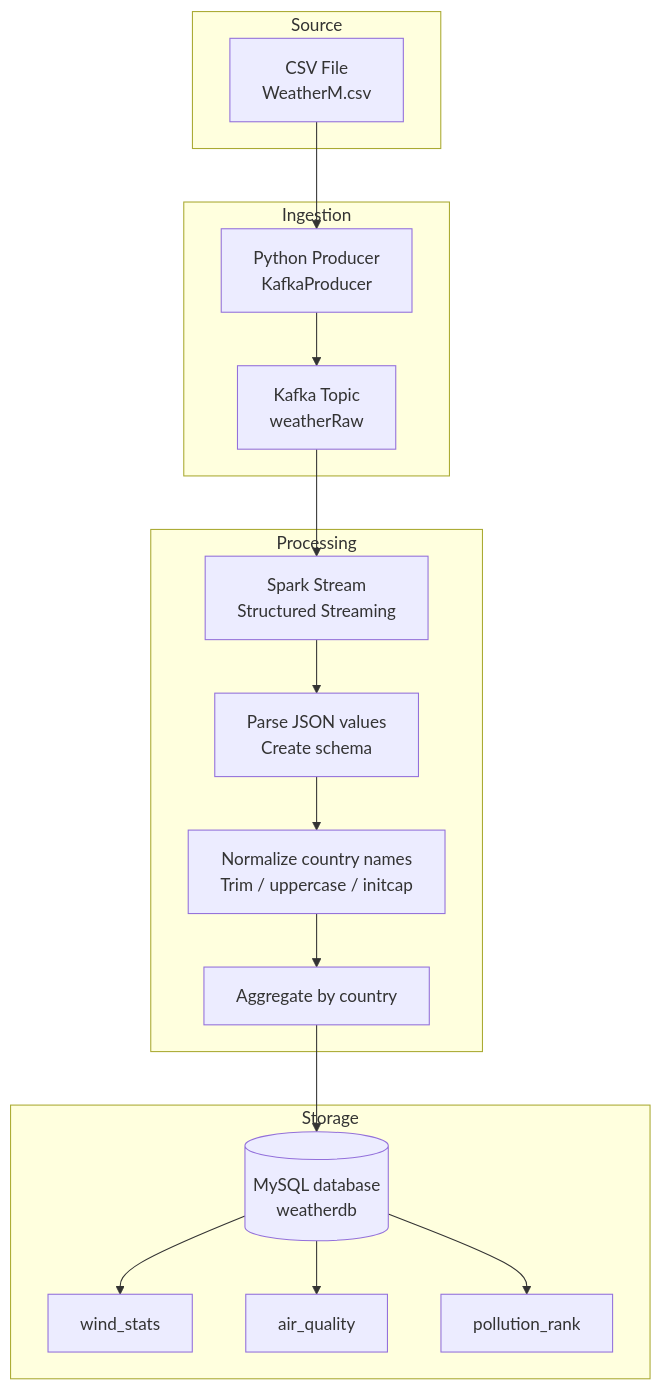
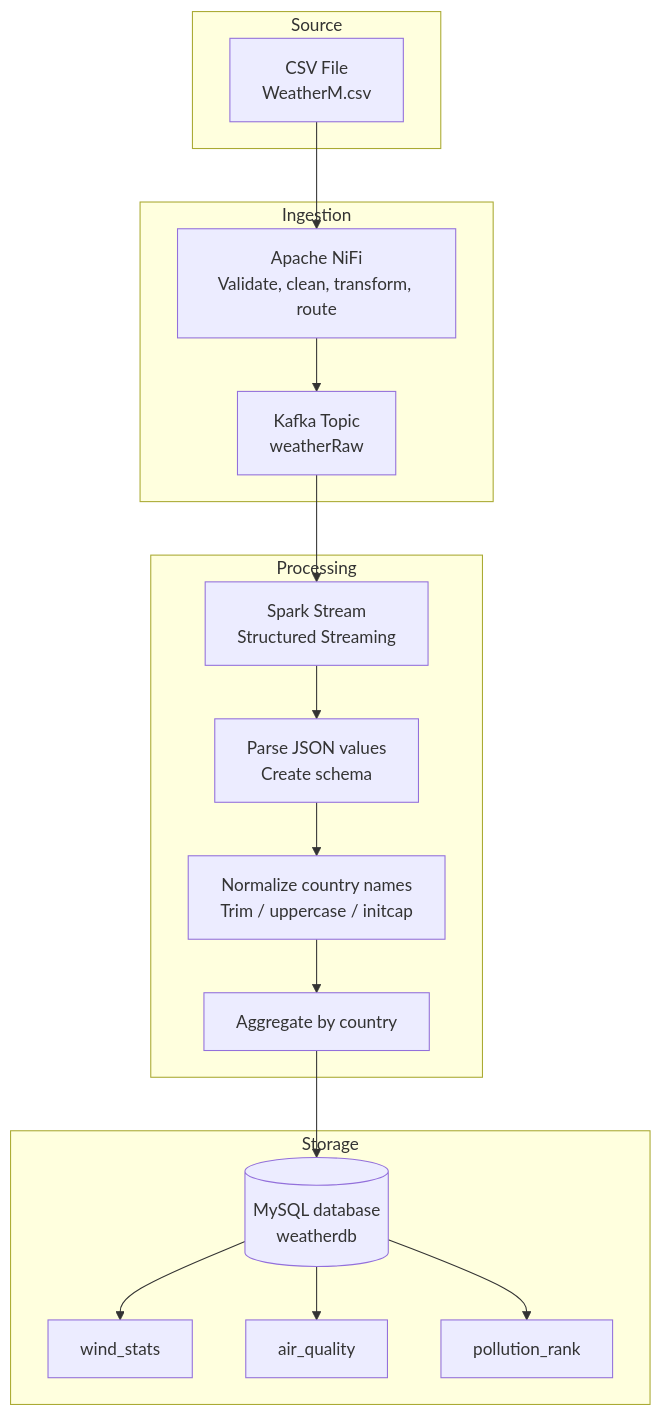
The second of 3 diagrams in README.md (seif-mohamed-kamal/Big_Data), drawn with Mermaid before and after one commit. The commit also changed other lines of this file, not shown here.

Commit message:
Update README to reflect Apache NiFi transformation stage in the architecture and workflow

````diff
--- a/README.md
+++ b/README.md
@@ -50,36 +56,43 @@
 ```mermaid
 flowchart TD
     subgraph Source
-        CSV[CSV File\nWeatherM.csv]
+        CSV[CSV File
+WeatherM.csv]
     end
 
     subgraph Ingestion
-        PKG[Python Producer\nKafkaProducer]
-        KAFKA[Kafka Topic\nweatherRaw]
+        NIFI[Apache NiFi
+Validate, clean, transform, route]
+        KAFKA[Kafka Topic
+weatherRaw]
     end
 
     subgraph Processing
-        SPARK[Spark Stream\nStructured Streaming]
-        PARSE[Parse JSON values\nCreate schema]
-        CLEAN[Normalize country names\nTrim / uppercase / initcap]
+        SPARK[Spark Stream
+Structured Streaming]
+        PARSE[Parse JSON values
+Create schema]
+        CLEAN[Normalize country names
+Trim / uppercase / initcap]
         AGG[Aggregate by country]
     end
 
     subgraph Storage
-        MYSQL[(MySQL database\nweatherdb)]
+        MYSQL[(MySQL database
+weatherdb)]
         TABLE1[wind_stats]
         TABLE2[air_quality]
         TABLE3[pollution_rank]
     end
 
-    CSV --> PKG
-    PKG --> KAFKA
+    CSV --> NIFI
+    NIFI --> KAFKA
     KAFKA --> SPARK
     SPARK --> PARSE
     PARSE --> CLEAN
     CLEAN --> AGG
     AGG --> MYSQL
     MYSQL --> TABLE1
     MYSQL --> TABLE2
     MYSQL --> TABLE3
 ```
````
